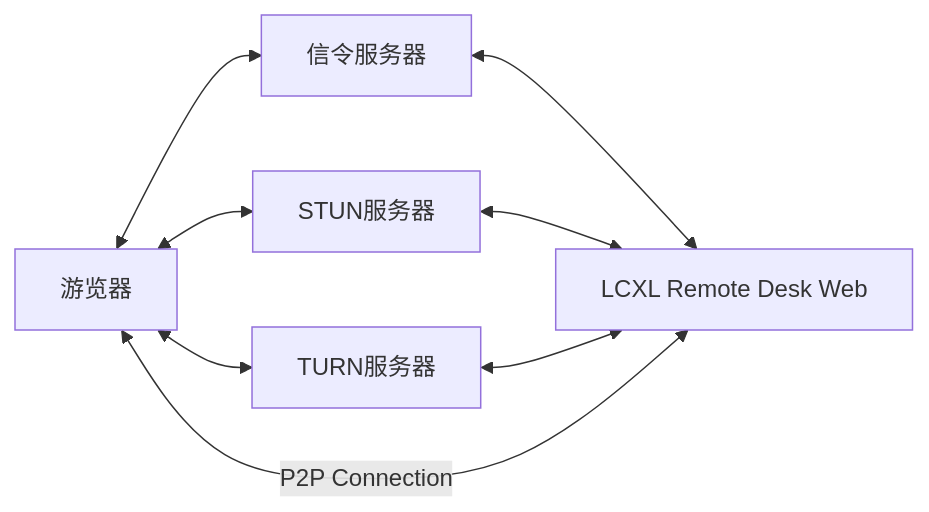
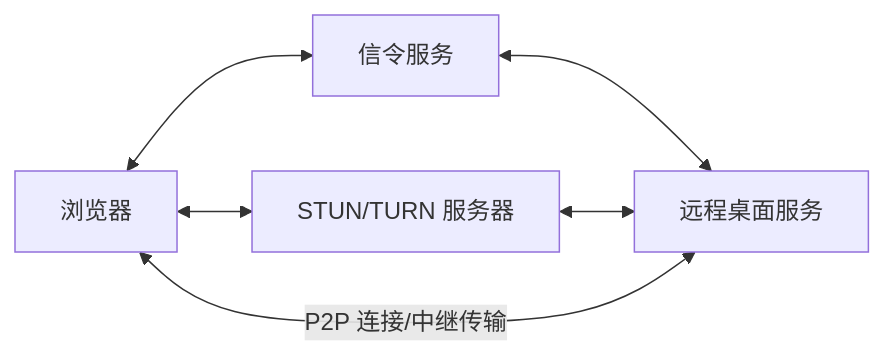
The diagram in README_CN.md (lcxl-remote/lcxl-remote-desk-web), drawn with Mermaid before and after one commit. The commit also changed other lines of this file and 1 other file, not shown here.

````diff
--- a/README_CN.md
+++ b/README_CN.md
@@ -21,8 +42,7 @@
 ```mermaid
 graph LR
-    browser[游览器]<-->SignalingServer[信令服务器]
-    SignalingServer<-->desk[LCXL Remote Desk Web]
-    browser<-->stun[STUN服务器]<-->desk
-    browser<-->turn[TURN服务器]<-->desk
-    browser<--P2P Connection-->desk
+    browser[浏览器]<-->Signaling[信令服务]
+    Signaling<-->DeskServer[远程桌面服务]
+    browser<-->STUN[STUN/TURN 服务器]<-->DeskServer
+    browser<-- P2P 连接/中继传输 -->DeskServer
 ```
````
